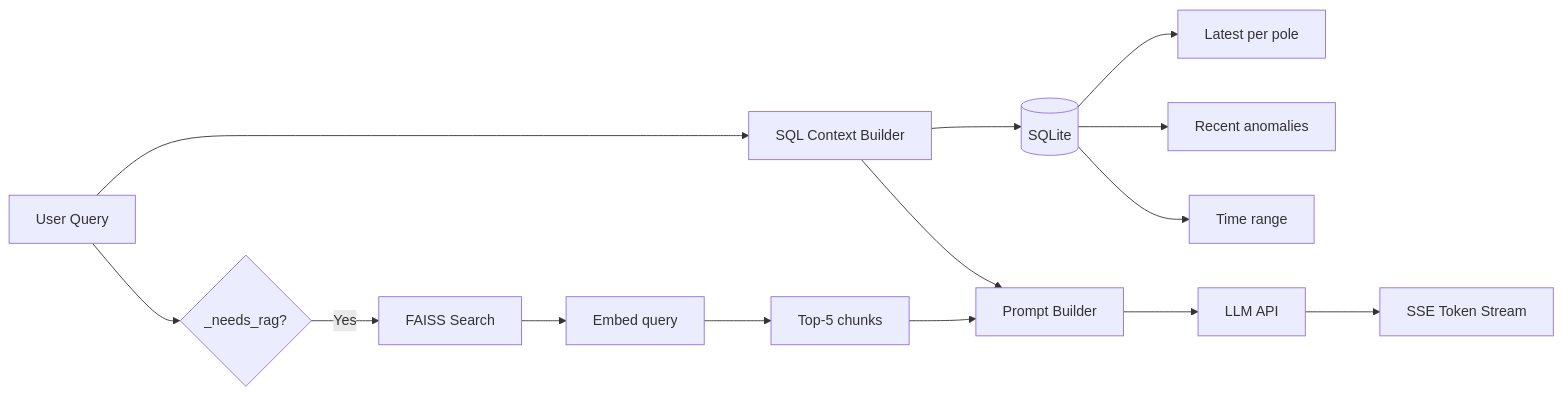
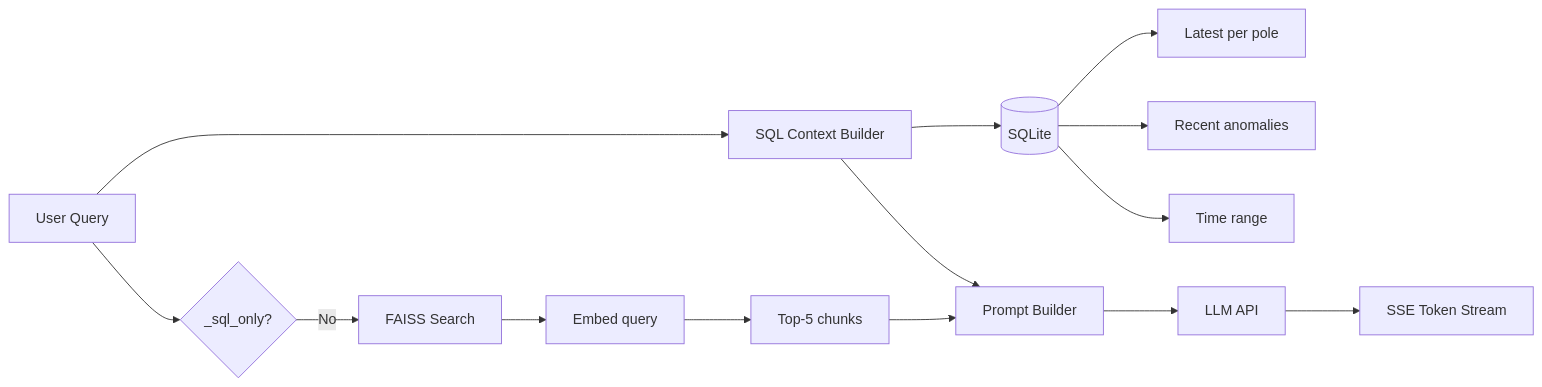
One commit to Muchagato/CogniLight changed the diagram in docs/docs/ai-service/rag-pipeline.md. Above: the diagram before and after it, drawn with Mermaid. The commit also changed other lines of this file and 5 other files, not shown here.

````diff
--- a/docs/docs/ai-service/rag-pipeline.md
+++ b/docs/docs/ai-service/rag-pipeline.md
@@ -9,19 +9,19 @@
 ```mermaid
 graph LR
-    Q[User Query] --> CLASSIFY{_needs_rag?}
+    Q[User Query] --> CLASSIFY{_sql_only?}
     Q --> SQL[SQL Context Builder]
 
     SQL --> DB[(SQLite)]
     DB --> SNAPSHOT[Latest per pole]
     DB --> ANOMALIES[Recent anomalies]
     DB --> RANGE[Time range]
 
-    CLASSIFY -->|Yes| RAG[FAISS Search]
+    CLASSIFY -->|No| RAG[FAISS Search]
     RAG --> EMBED[Embed query]
     EMBED --> SEARCH[Top-5 chunks]
 
     SQL --> PROMPT[Prompt Builder]
     SEARCH --> PROMPT
     PROMPT --> LLM[LLM API]
     LLM --> STREAM[SSE Token Stream]
 ```
````
